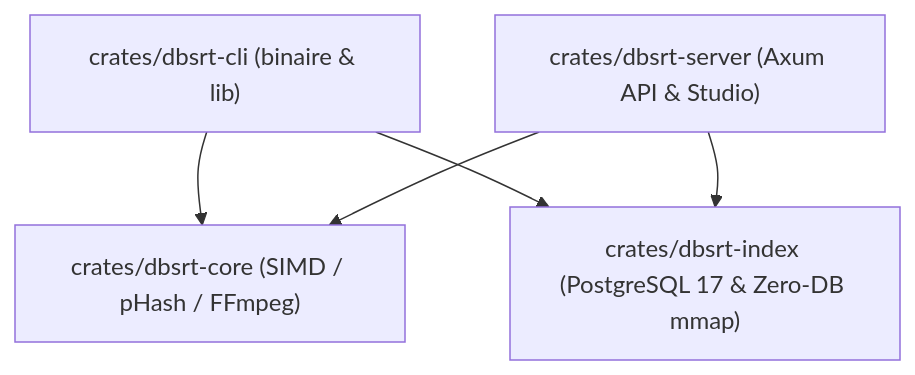
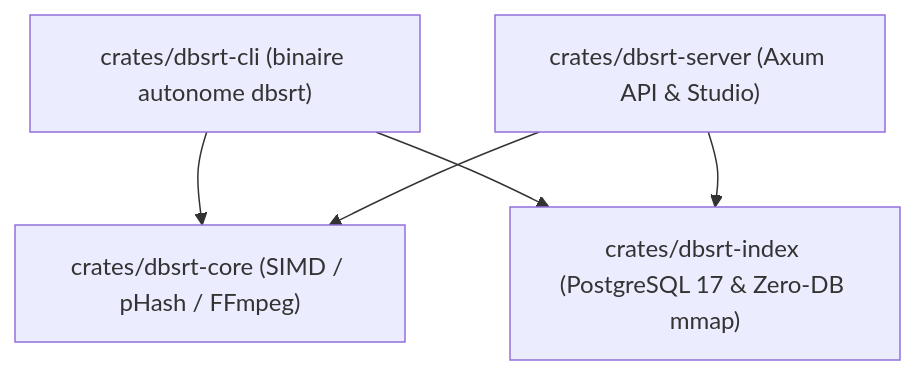
The third of 4 diagrams in README.md (yoyonel/pydbsrt), drawn with Mermaid before and after one commit. The commit also changed other lines of this file and 5 other files, not shown here.

Commit message:
docs: enrich README and add Diataxis CI/CD architecture reference quadrant

````diff
--- a/README.md
+++ b/README.md
@@ -109,7 +210,7 @@
 ```mermaid
 flowchart TD
-    CLI["crates/dbsrt-cli (binaire & lib)"] --> CORE["crates/dbsrt-core (SIMD / pHash / FFmpeg)"]
+    CLI["crates/dbsrt-cli (binaire autonome dbsrt)"] --> CORE["crates/dbsrt-core (SIMD / pHash / FFmpeg)"]
     CLI --> INDEX["crates/dbsrt-index (PostgreSQL 17 & Zero-DB mmap)"]
     SERVER["crates/dbsrt-server (Axum API & Studio)"] --> CORE
     SERVER --> INDEX
 ```
````
